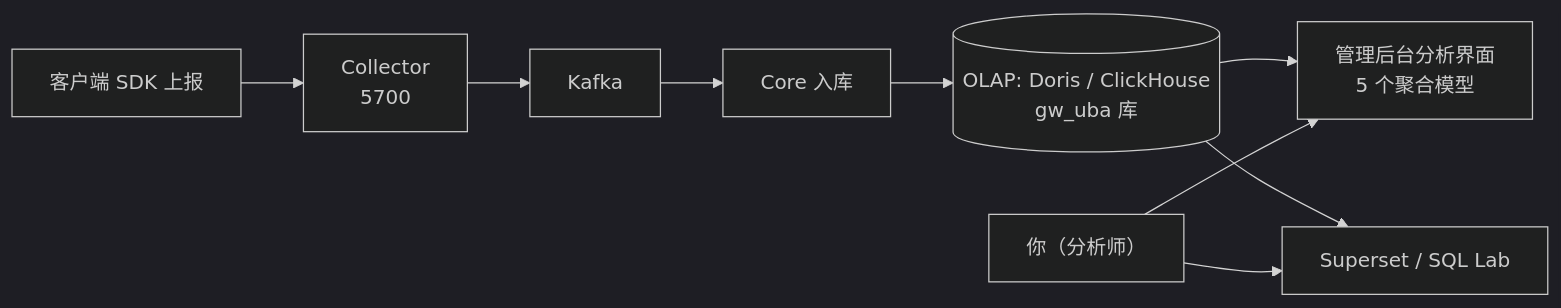
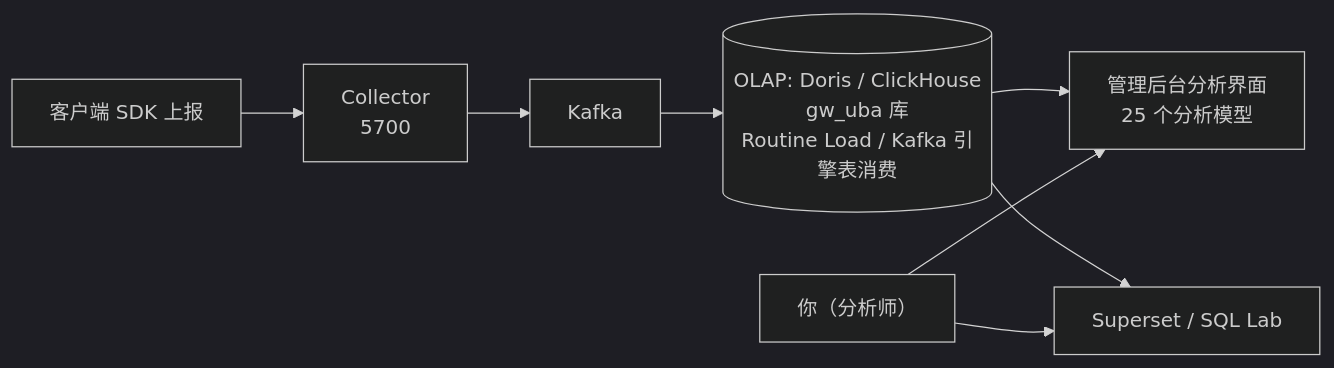
Before and after one commit to tx7do/gowind-website: the diagram in docs/uba/analyst-getting-started.md, drawn with Mermaid (dark theme). The commit also changed other lines of this file and 38 other files, not shown here.

````diff
--- a/docs/uba/analyst-getting-started.md
+++ b/docs/uba/analyst-getting-started.md
@@ -16,11 +16,10 @@
 ```mermaid
 graph LR
     A["客户端 SDK 上报"] --> B["Collector<br/>5700"]
     B --> C["Kafka"]
-    C --> D["Core 入库"]
-    D --> E[("OLAP: Doris / ClickHouse<br/>gw_uba 库")]
-    E --> F["管理后台分析界面<br/>5 个聚合模型"]
+    C --> E[("OLAP: Doris / ClickHouse<br/>gw_uba 库<br/>Routine Load / Kafka 引擎表消费")]
+    E --> F["管理后台分析界面<br/>25 个分析模型"]
     E --> G["Superset / SQL Lab"]
     H["你（分析师）"] --> F
     H --> G
 ```
````
